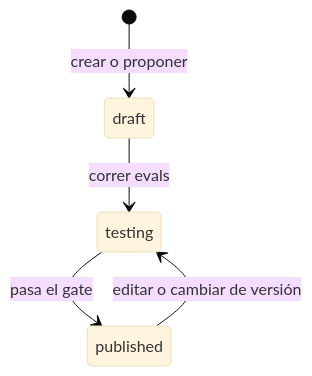
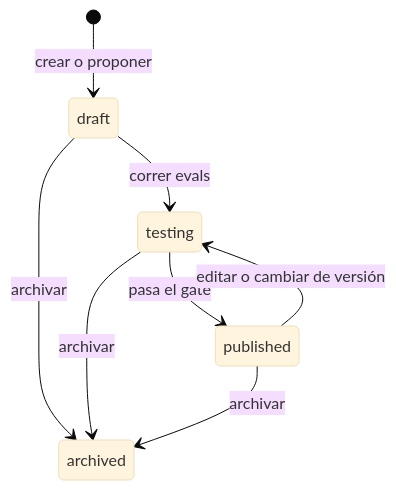
One commit to jujones309/bia-agent-platform changed the second of 2 diagrams in docs/ARCHITECTURE.md. Above: the diagram before and after it, drawn with Mermaid (base theme). The commit also changed other lines of this file and 3 other files, not shown here.

````diff
--- a/docs/ARCHITECTURE.md
+++ b/docs/ARCHITECTURE.md
@@ -123,7 +123,10 @@
 ```mermaid
 stateDiagram-v2
     [*] --> draft: crear o proponer
     draft --> testing: correr evals
     testing --> published: pasa el gate
     published --> testing: editar o cambiar de versión
+    draft --> archived: archivar
+    testing --> archived: archivar
+    published --> archived: archivar
 ```
````
